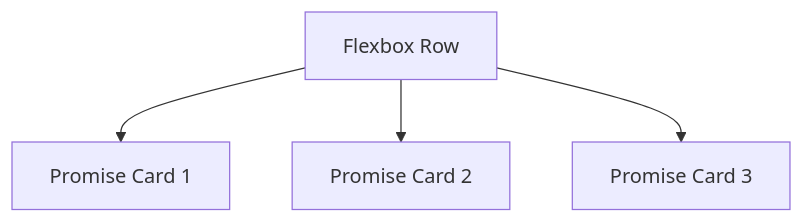
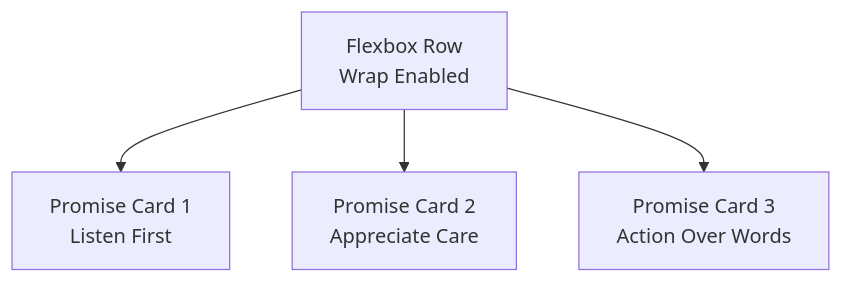
The fourth of 6 diagrams in .qoder/repowiki/en/content/Design System Reference/Visual Principles & Layout.md (quangkiet1/anh-xin-loi), drawn with Mermaid before and after one commit. The commit also changed other lines of this file and 13 other files, not shown here.

````diff
--- a/.qoder/repowiki/en/content/Design System Reference/Visual Principles & Layout.md
+++ b/.qoder/repowiki/en/content/Design System Reference/Visual Principles & Layout.md
@@ -256,6 +279,6 @@
 ```mermaid
 flowchart TD
-FlexRow["Flexbox Row"] --> Card1["Promise Card 1"]
-FlexRow --> Card2["Promise Card 2"]
-FlexRow --> Card3["Promise Card 3"]
+FlexRow["Flexbox Row<br/>Wrap Enabled"] --> Card1["Promise Card 1<br/>Listen First"]
+FlexRow --> Card2["Promise Card 2<br/>Appreciate Care"]
+FlexRow --> Card3["Promise Card 3<br/>Action Over Words"]
 ```
````
